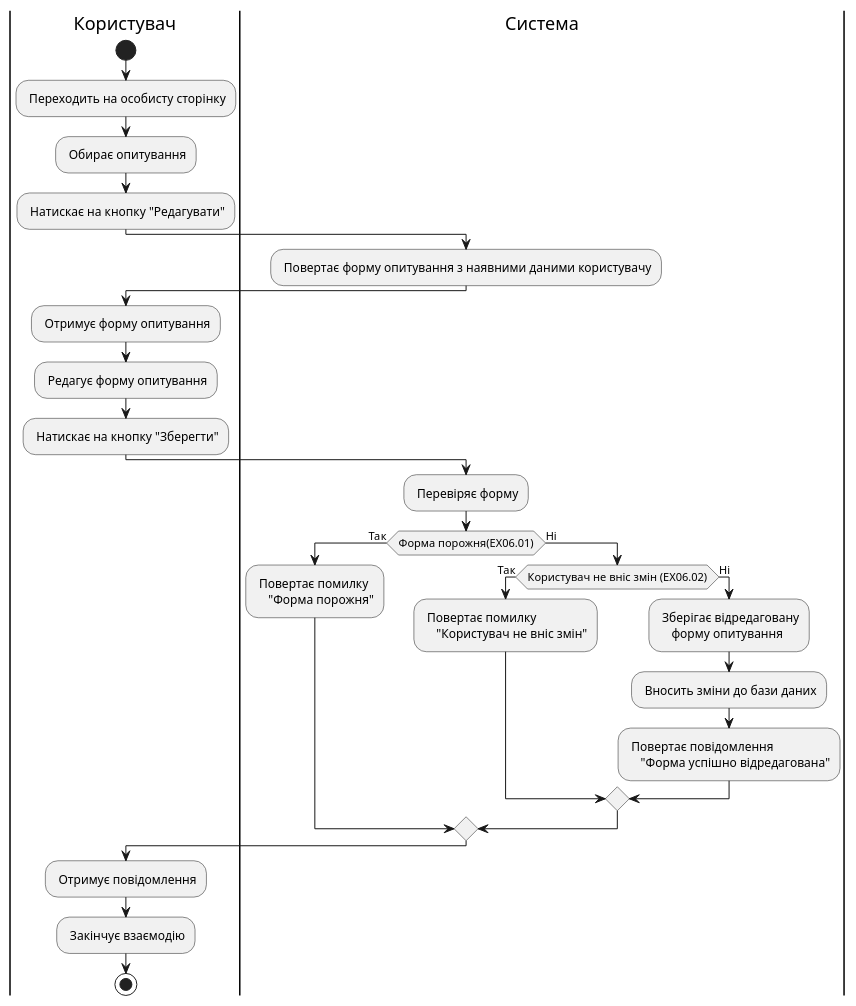
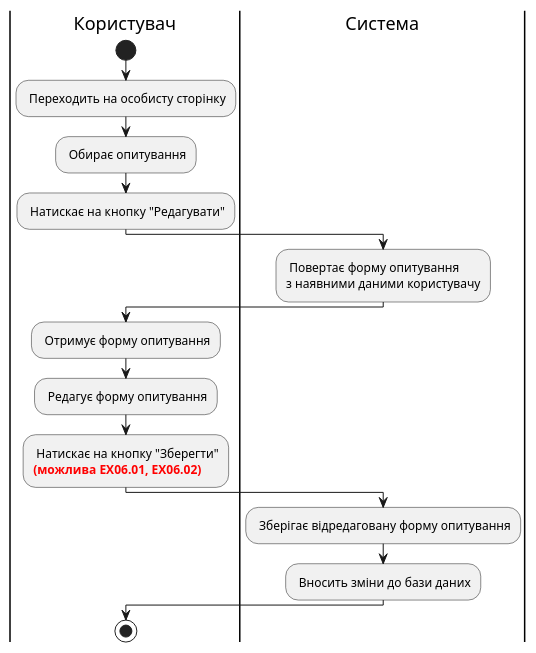
One commit to edu-db/edu_db_labs changed the tenth of 16 diagrams in docs/use cases/README.md. Above: the diagram before and after it, drawn with PlantUML. The commit also changed other lines of this file, not shown here.

```diff
--- a/docs/use cases/README.md
+++ b/docs/use cases/README.md
@@ -338,46 +324,27 @@
 @startuml
 
 |Користувач|
 
     start
     : Переходить на особисту сторінку;
     : Обирає опитування;
     : Натискає на кнопку "Редагувати";      
 
 |Система|
 
-    : Повертає форму опитування з наявними даними користувачу;
+    : Повертає форму опитування\nз наявними даними користувачу;
 
 |Користувач|
 
     : Отримує форму опитування;
     : Редагує форму опитування;
-    : Натискає на кнопку "Зберегти";
+    : Натискає на кнопку "Зберегти"\n<font color="red"><b>(можлива EX06.01, EX06.02);
 
 |Система|
-
-    : Перевіряє форму;
-    if (Форма порожня(EX06.01)) then (Так)
-        : Повертає помилку 
-            "Форма порожня";
-    else (Ні)
-        if (Користувач не вніс змін (EX06.02)) then (Так)
-            : Повертає помилку 
-                "Користувач не вніс змін";
-
-        else (Ні)
-            : Зберігає відредаговану 
-                форму опитування;
-            : Вносить зміни до бази даних;
-            : Повертає повідомлення 
-                "Форма успішно відредагована";
-        endif
-    endif
+    : Зберігає відредаговану форму опитування;
+    : Вносить зміни до бази даних;
 
 |Користувач|
-    : Отримує повідомлення;
-    : Закінчує взаємодію;
-
     stop;
 
 @enduml
```
